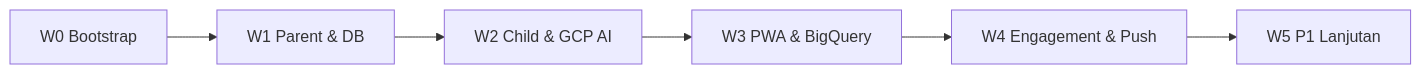
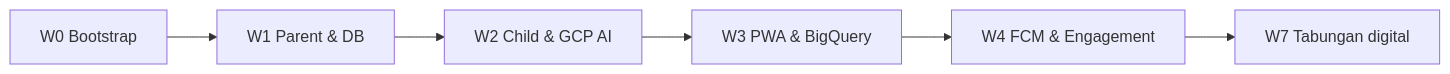
Before and after one commit to arifianjuari/habiku-nextjs: the diagram in docs/implementation-roadmap-nextjs.md, drawn with Mermaid. The commit also changed other lines of this file and 18 other files, not shown here.

First line of the commit message:
feat(w7): tabungan digital — kantong, UI ortu/anak, migrasi RPC

````diff
--- a/docs/implementation-roadmap-nextjs.md
+++ b/docs/implementation-roadmap-nextjs.md
@@ -106,8 +106,8 @@
 ```mermaid
 flowchart LR
   W0[W0 Bootstrap] --> W1[W1 Parent & DB]
   W1 --> W2[W2 Child & GCP AI]
   W2 --> W3[W3 PWA & BigQuery]
-  W3 --> W4[W4 Engagement & Push]
-  W4 --> W5[W5 P1 Lanjutan]
+  W3 --> W4[W4 FCM & Engagement]
+  W4 --> W7[W7 Tabungan digital]
 ```
````
